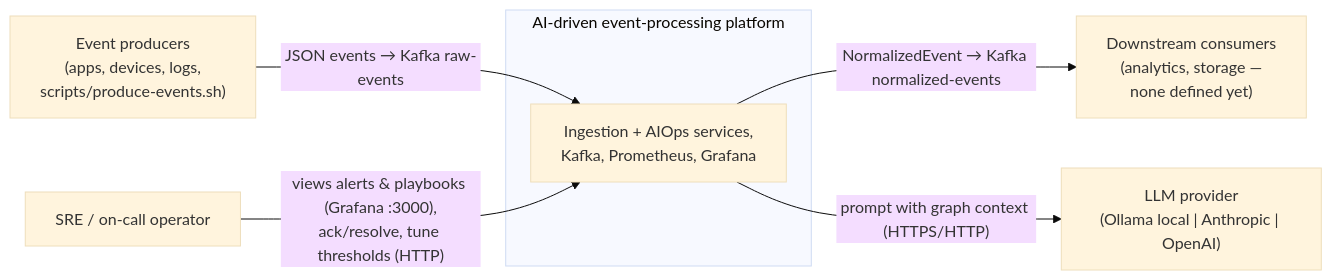
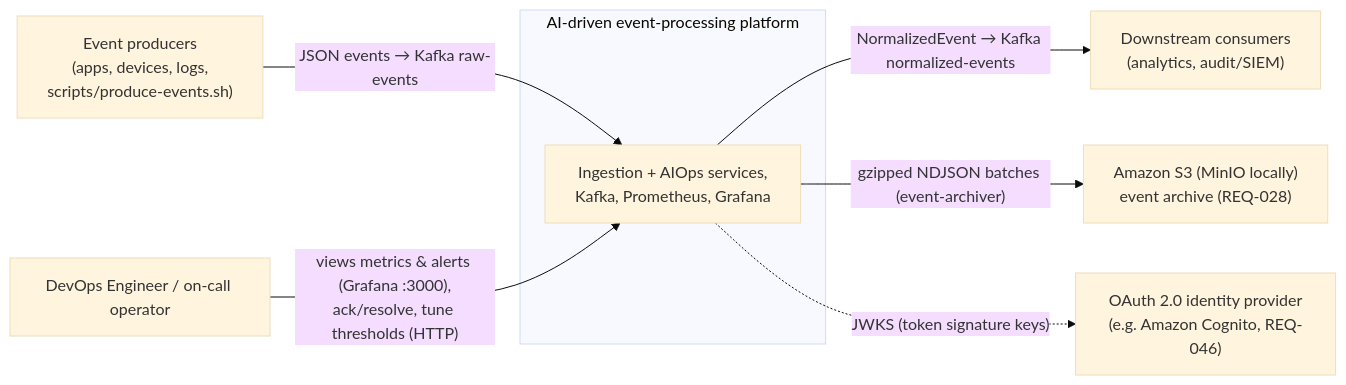
The first of 6 diagrams in docs/ARCHITECTURE.md (soumadipcodeEnthusiast/ai-driven-event-processing-system), drawn with Mermaid (base theme) before and after one commit. The commit also changed other lines of this file and 1 other file, not shown here.

Commit message:
docs(arch): update architecture specifications and service level objectives

````diff
--- a/docs/ARCHITECTURE.md
+++ b/docs/ARCHITECTURE.md
@@ -22,16 +27,18 @@
 ```mermaid
 flowchart LR
     producers["Event producers<br/>(apps, devices, logs,<br/>scripts/produce-events.sh)"]
-    downstream["Downstream consumers<br/>(analytics, storage —<br/>none defined yet)"]
-    operator["SRE / on-call operator"]
-    llm["LLM provider<br/>(Ollama local | Anthropic | OpenAI)"]
+    downstream["Downstream consumers<br/>(analytics, audit/SIEM)"]
+    operator["DevOps Engineer / on-call operator"]
+    idp["OAuth 2.0 identity provider<br/>(e.g. Amazon Cognito, REQ-046)"]
+    s3["Amazon S3 (MinIO locally)<br/>event archive (REQ-028)"]
 
     subgraph platform["AI-driven event-processing platform"]
         sys["Ingestion + AIOps services,<br/>Kafka, Prometheus, Grafana"]
     end
 
     producers -- "JSON events → Kafka raw-events" --> sys
     sys -- "NormalizedEvent → Kafka normalized-events" --> downstream
-    operator -- "views alerts & playbooks (Grafana :3000),<br/>ack/resolve, tune thresholds (HTTP)" --> sys
-    sys -- "prompt with graph context (HTTPS/HTTP)" --> llm
+    operator -- "views metrics & alerts (Grafana :3000),<br/>ack/resolve, tune thresholds (HTTP)" --> sys
+    sys -- "gzipped NDJSON batches (event-archiver)" --> s3
+    sys -. "JWKS (token signature keys)" .-> idp
 ```
````
